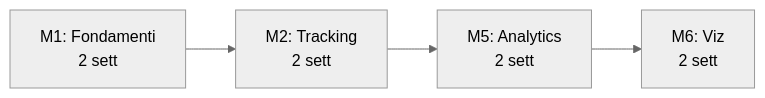
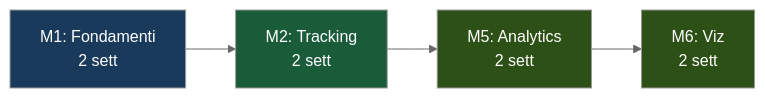
The second of 4 diagrams in src/content/corso/panoramica/mappe-concettuali.mdx (AndreyBertasini/gynnitech), drawn with Mermaid (neutral theme) before and after one commit. The commit also changed other lines of this file and 21 other files, not shown here.

First line of the commit message:
style: applica color scheme semantico a tutti i diagrammi Mermaid del corso

````diff
--- a/src/content/corso/panoramica/mappe-concettuali.mdx
+++ b/src/content/corso/panoramica/mappe-concettuali.mdx
@@ -44,5 +50,9 @@
 ```mermaid
 graph LR
-    A["M1: Fondamenti<br>2 sett"] --> B["M2: Tracking<br>2 sett"] 
+    A["M1: Fondamenti<br>2 sett"] --> B["M2: Tracking<br>2 sett"]
     --> C["M5: Analytics<br>2 sett"] --> D["M6: Viz<br>2 sett"]
+    style A fill:#1a3a5c,color:#ffffff
+    style B fill:#1a5c3a,color:#ffffff
+    style C fill:#2d5016,color:#ffffff
+    style D fill:#2d5016,color:#ffffff
 ```
````
